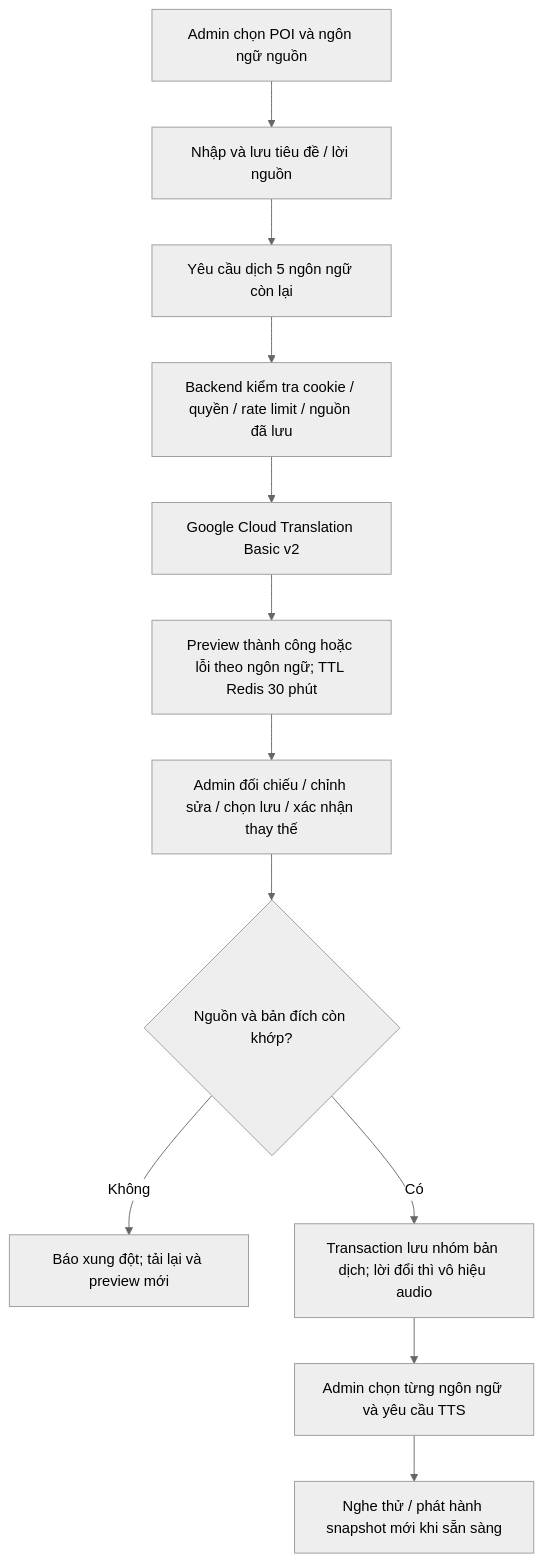
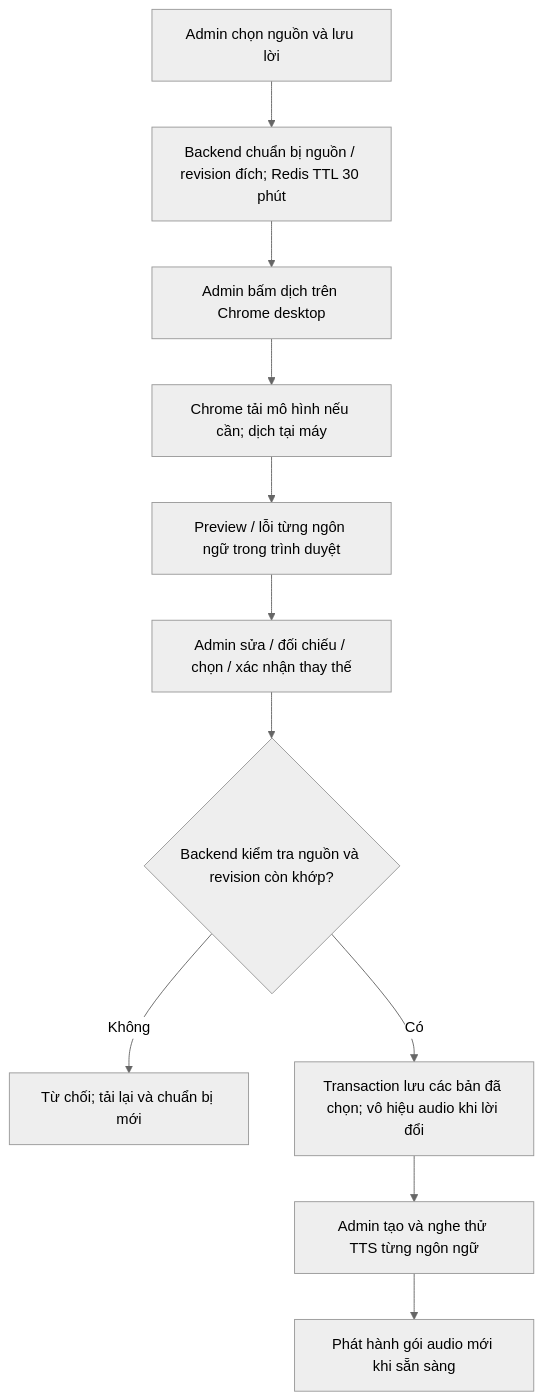
One commit to BXXOYOUNG/multilingual-guide-services-saigon-zoo changed the diagram in docs/ADMIN_AUTO_TRANSLATION.md. Above: the diagram before and after it, drawn with Mermaid (neutral theme). The commit also changed other lines of this file and 15 other files, not shown here.

Commit message:
Replace Cloud translation with native Chrome admin translation

````diff
--- a/docs/ADMIN_AUTO_TRANSLATION.md
+++ b/docs/ADMIN_AUTO_TRANSLATION.md
@@ -77,14 +72,13 @@
 ```mermaid
 flowchart TD
-  A[Admin chọn POI và ngôn ngữ nguồn] --> B[Nhập và lưu tiêu đề / lời nguồn]
-  B --> C[Yêu cầu dịch 5 ngôn ngữ còn lại]
-  C --> D[Backend kiểm tra cookie / quyền / rate limit / nguồn đã lưu]
-  D --> E[Google Cloud Translation Basic v2]
-  E --> F[Preview thành công hoặc lỗi theo ngôn ngữ; TTL Redis 30 phút]
-  F --> G[Admin đối chiếu / chỉnh sửa / chọn lưu / xác nhận thay thế]
-  G --> H{Nguồn và bản đích còn khớp?}
-  H -- Không --> I[Báo xung đột; tải lại và preview mới]
-  H -- Có --> J[Transaction lưu nhóm bản dịch; lời đổi thì vô hiệu audio]
-  J --> K[Admin chọn từng ngôn ngữ và yêu cầu TTS]
-  K --> L[Nghe thử / phát hành snapshot mới khi sẵn sàng]
+  A[Admin chọn nguồn và lưu lời] --> B[Backend chuẩn bị nguồn / revision đích; Redis TTL 30 phút]
+  B --> C[Admin bấm dịch trên Chrome desktop]
+  C --> D[Chrome tải mô hình nếu cần; dịch tại máy]
+  D --> E[Preview / lỗi từng ngôn ngữ trong trình duyệt]
+  E --> F[Admin sửa / đối chiếu / chọn / xác nhận thay thế]
+  F --> G{Backend kiểm tra nguồn và revision còn khớp?}
+  G -- Không --> H[Từ chối; tải lại và chuẩn bị mới]
+  G -- Có --> I[Transaction lưu các bản đã chọn; vô hiệu audio khi lời đổi]
+  I --> J[Admin tạo và nghe thử TTS từng ngôn ngữ]
+  J --> K[Phát hành gói audio mới khi sẵn sàng]
 ```
````
